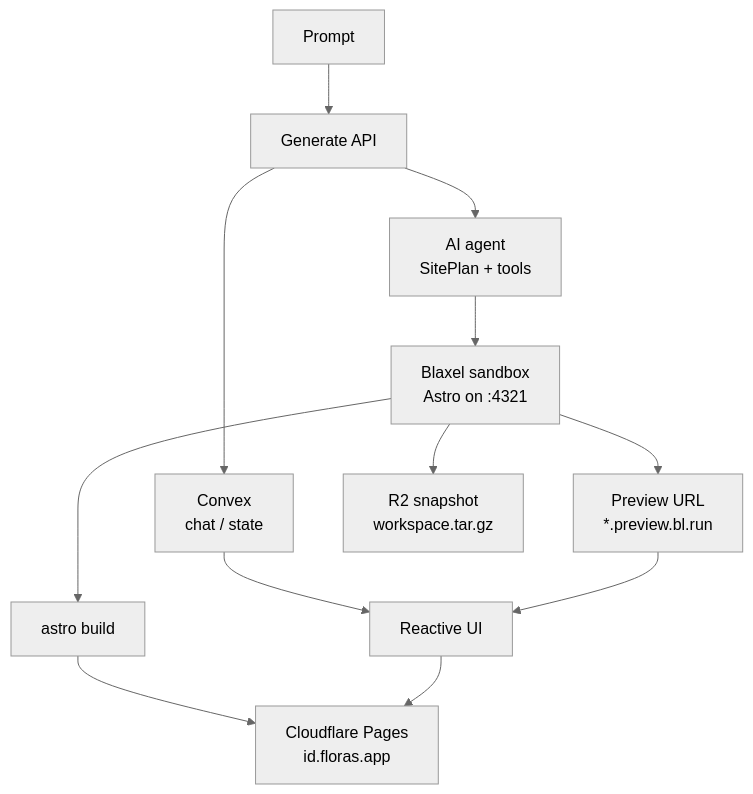
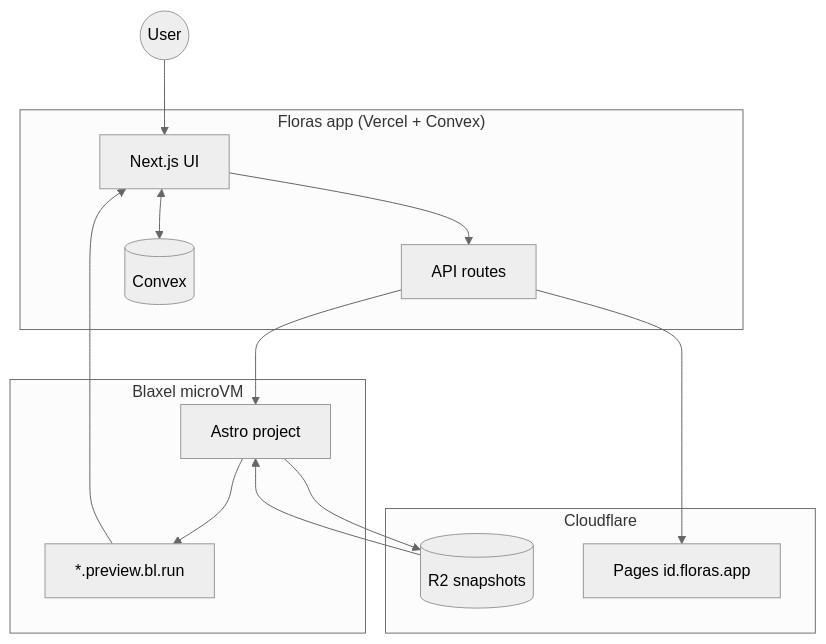
The first of 2 diagrams in content/blog/building-floras.md (valtterisa/floras), drawn with Mermaid (neutral theme) before and after one commit. The commit also changed other lines of this file and 2 other files, not shown here.

First line of the commit message:
Enhance architecture documentation and add new diagrams

````diff
--- a/content/blog/building-floras.md
+++ b/content/blog/building-floras.md
@@ -187,14 +195,28 @@
 ```mermaid
-flowchart TD
-  Prompt[Prompt] --> API[Generate API]
-  API --> Agent[AI agent<br/>SitePlan + tools]
-  API --> Convex[Convex<br/>chat / state]
-  Agent --> Sandbox[Blaxel sandbox<br/>Astro on :4321]
-  Convex --> UI[Reactive UI]
-  Sandbox --> Preview[Preview URL<br/>*.preview.bl.run]
+flowchart TB
+  subgraph App["Floras app (Vercel + Convex)"]
+    UI[Next.js UI]
+    API[API routes]
+    DB[(Convex)]
+    UI <--> DB
+    UI --> API
+  end
+
+  subgraph Sandbox["Blaxel microVM"]
+    Astro[Astro project]
+    Preview[*.preview.bl.run]
+    Astro --> Preview
+  end
+
+  subgraph CF["Cloudflare"]
+    R2[(R2 snapshots)]
+    Pages[Pages id.floras.app]
+  end
+
+  User((User)) --> UI
+  API --> Astro
+  Astro --> R2
+  R2 --> Astro
   Preview --> UI
-  Sandbox --> R2[R2 snapshot<br/>workspace.tar.gz]
-  Sandbox --> Build[astro build]
-  Build --> Pages[Cloudflare Pages<br/>id.floras.app]
-  UI --> Pages
+  API --> Pages
 ```
````
